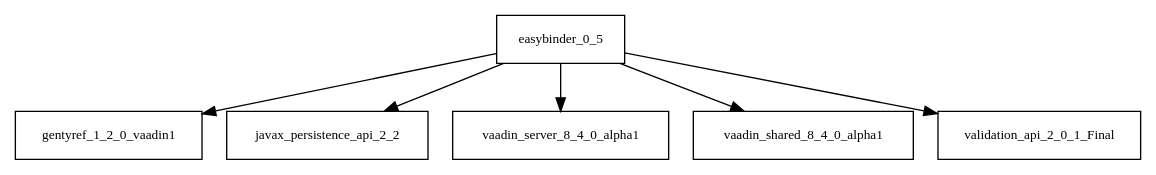
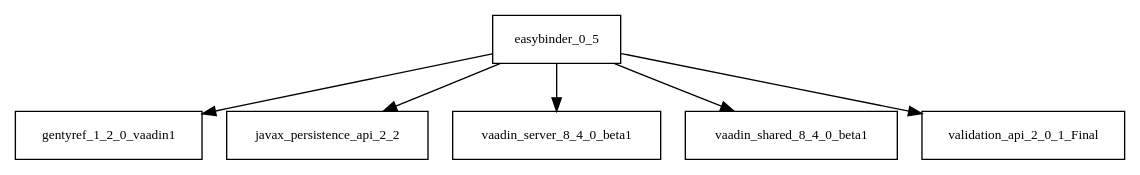
The diagram in tattleTaleReport/graphviz/easybinder-0.5.jar/easybinder-0.5.jar.dot (sjvs/cia), drawn with Graphviz before and after one commit. The commit also changed 1978 other files, not shown here.

```diff
--- a/tattleTaleReport/graphviz/easybinder-0.5.jar/easybinder-0.5.jar.dot
+++ b/tattleTaleReport/graphviz/easybinder-0.5.jar/easybinder-0.5.jar.dot
@@ -1,8 +1,8 @@
 digraph easybinder_0_5_dependencies {
   node [shape = box, fontsize=10.0];
   easybinder_0_5 -> gentyref_1_2_0_vaadin1;
   easybinder_0_5 -> javax_persistence_api_2_2;
-  easybinder_0_5 -> vaadin_server_8_4_0_alpha1;
-  easybinder_0_5 -> vaadin_shared_8_4_0_alpha1;
+  easybinder_0_5 -> vaadin_server_8_4_0_beta1;
+  easybinder_0_5 -> vaadin_shared_8_4_0_beta1;
   easybinder_0_5 -> validation_api_2_0_1_Final;
 }
```
